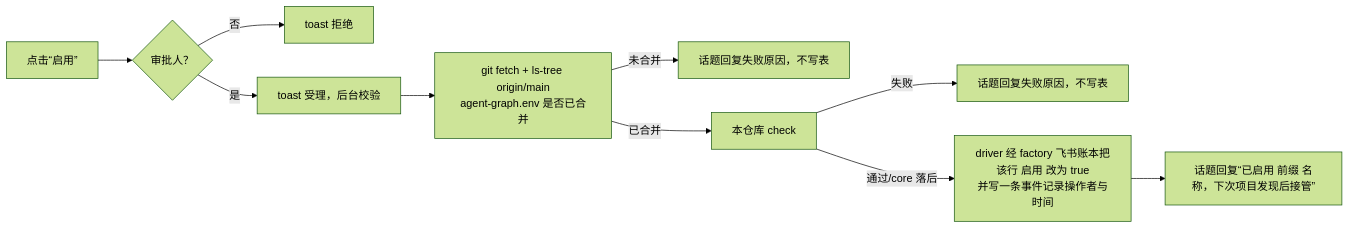
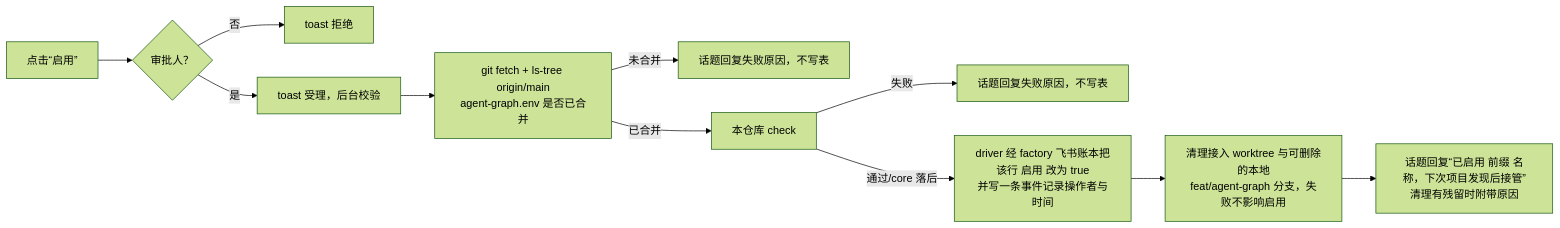
The second of 2 diagrams in driver/README.md (vmxmy/orca-factory), drawn with Mermaid (forest theme) before and after one commit. The commit also changed other lines of this file and 6 other files, not shown here.

First line of the commit message:
feat(driver): 启用成功后自动清理接入 worktree 与已合入的 feat/agent-graph 分支 (OF-57) (#470)

````diff
--- a/driver/README.md
+++ b/driver/README.md
@@ -162,12 +162,13 @@
 ```mermaid
 flowchart LR
     A[点击“启用”] --> B{审批人？}
     B -- 否 --> X[toast 拒绝]
     B -- 是 --> C[toast 受理，后台校验]
     C --> D[git fetch + ls-tree origin/main<br/>agent-graph.env 是否已合并]
     D -- 未合并 --> F1[话题回复失败原因，不写表]
     D -- 已合并 --> E[本仓库 check]
     E -- 失败 --> F2[话题回复失败原因，不写表]
     E -- 通过/core 落后 --> G[driver 经 factory 飞书账本把该行 启用 改为 true<br/>并写一条事件记录操作者与时间]
-    G --> H[话题回复“已启用 前缀 名称，下次项目发现后接管”]
+    G --> G2[清理接入 worktree 与可删除的本地<br/>feat/agent-graph 分支，失败不影响启用]
+    G2 --> H[话题回复“已启用 前缀 名称，下次项目发现后接管”<br/>清理有残留时附带原因]
 ```
````
